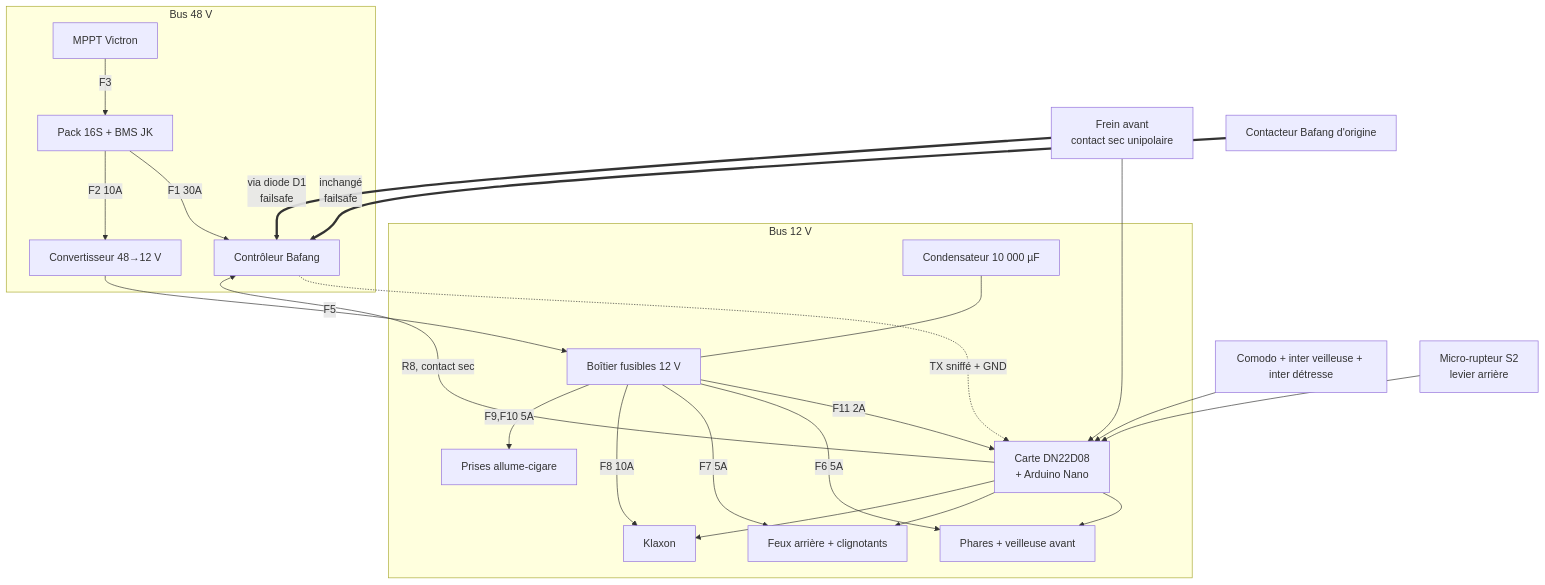
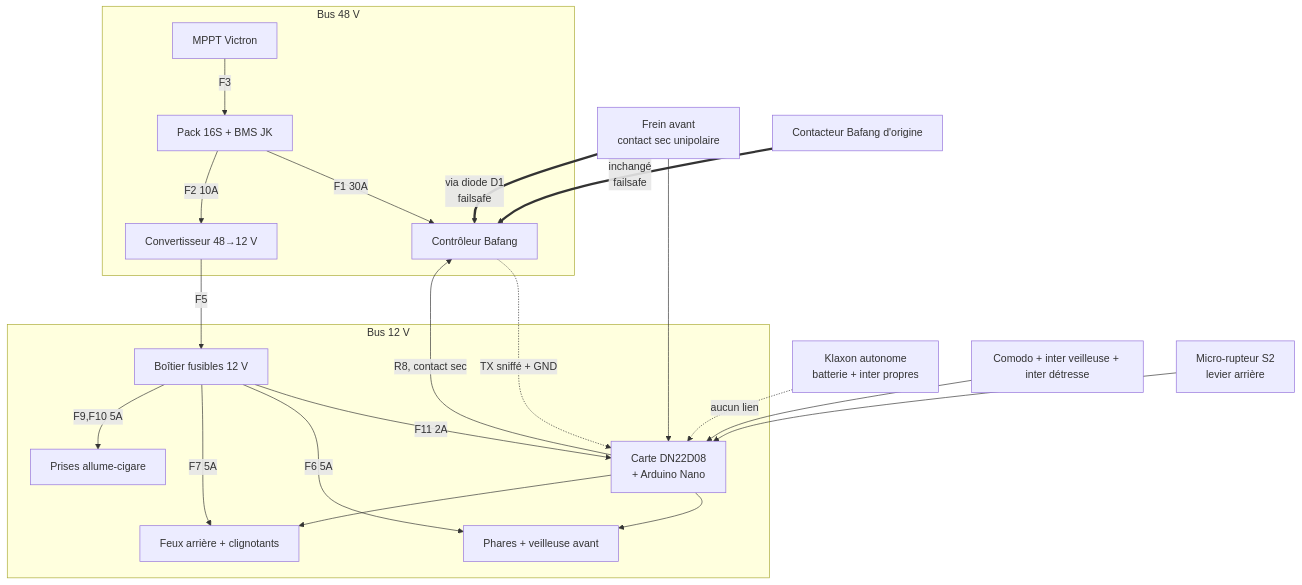
The diagram in hardware/cablage.md (darkone-linux/vhelio-arduino), drawn with Mermaid before and after one commit. The commit also changed other lines of this file and 21 other files, not shown here.

First line of the commit message:
Klaxon autonome : IN3 et R7 deviennent la seule voie libre du montage

````diff
--- a/hardware/cablage.md
+++ b/hardware/cablage.md
@@ -8,27 +8,25 @@
 ```mermaid
 flowchart TB
   subgraph HT["Bus 48 V"]
     PACK[Pack 16S + BMS JK] -->|F1 30A| CTRL[Contrôleur Bafang]
     PACK -->|F2 10A| CONV[Convertisseur 48→12 V]
     MPPT[MPPT Victron] -->|F3| PACK
   end
   subgraph BT["Bus 12 V"]
     CONV -->|F5| FB[Boîtier fusibles 12 V]
     FB -->|F11 2A| DN[Carte DN22D08<br/>+ Arduino Nano]
     FB -->|F6 5A| AV[Phares + veilleuse avant]
     FB -->|F7 5A| AR[Feux arrière + clignotants]
-    FB -->|F8 10A| KL[Klaxon]
     FB -->|F9,F10 5A| AC[Prises allume-cigare]
-    CT[Condensateur 10 000 µF] --- FB
   end
+  KLX[Klaxon autonome<br/>batterie + inter propres] -.-> |aucun lien| DN
   COM[Comodo + inter veilleuse + inter détresse] --> DN
   FRA[Frein avant<br/>contact sec unipolaire] --> DN
   FRA ==>|via diode D1<br/>failsafe| CTRL
   FRR[Micro-rupteur S2<br/>levier arrière] --> DN
   CTAR[Contacteur Bafang d'origine] ==>|inchangé<br/>failsafe| CTRL
   DN --> AV
   DN --> AR
-  DN --> KL
   DN -->|R8, contact sec| CTRL
   CTRL -.->|TX sniffé + GND| DN
 ```
````
